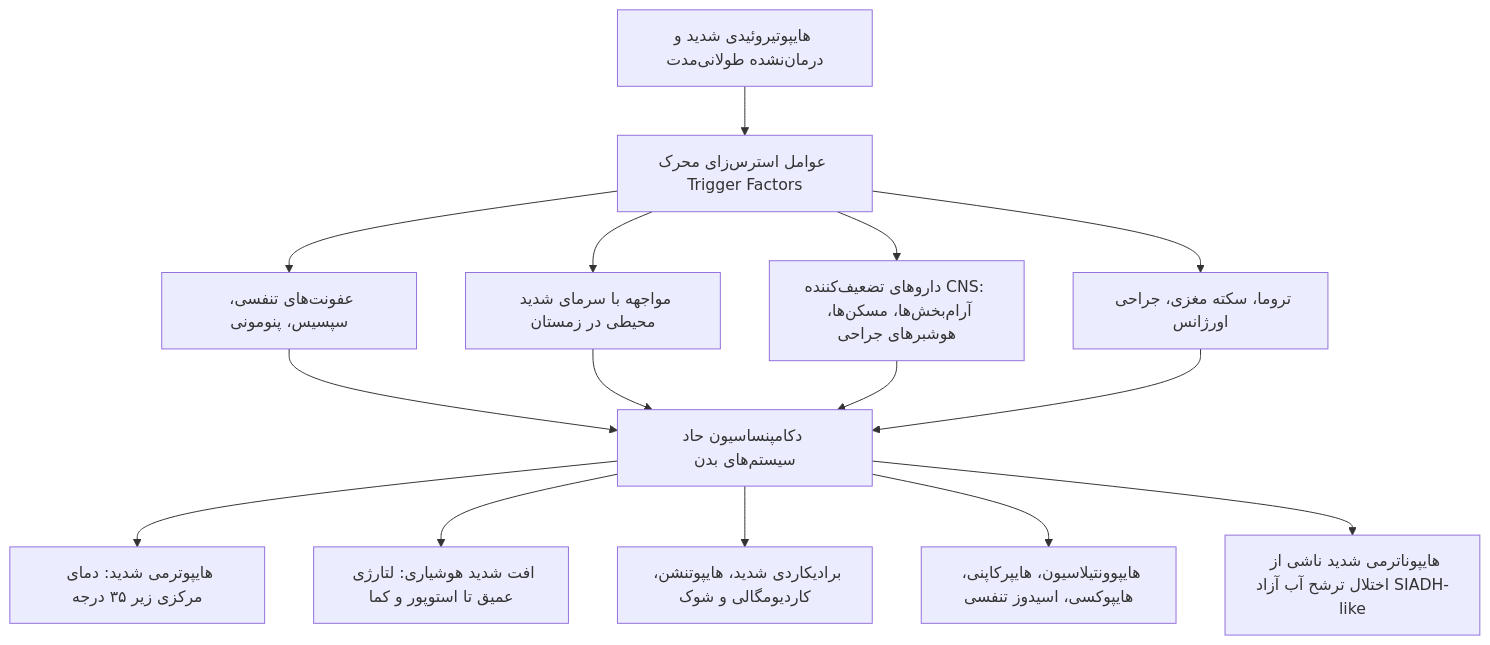
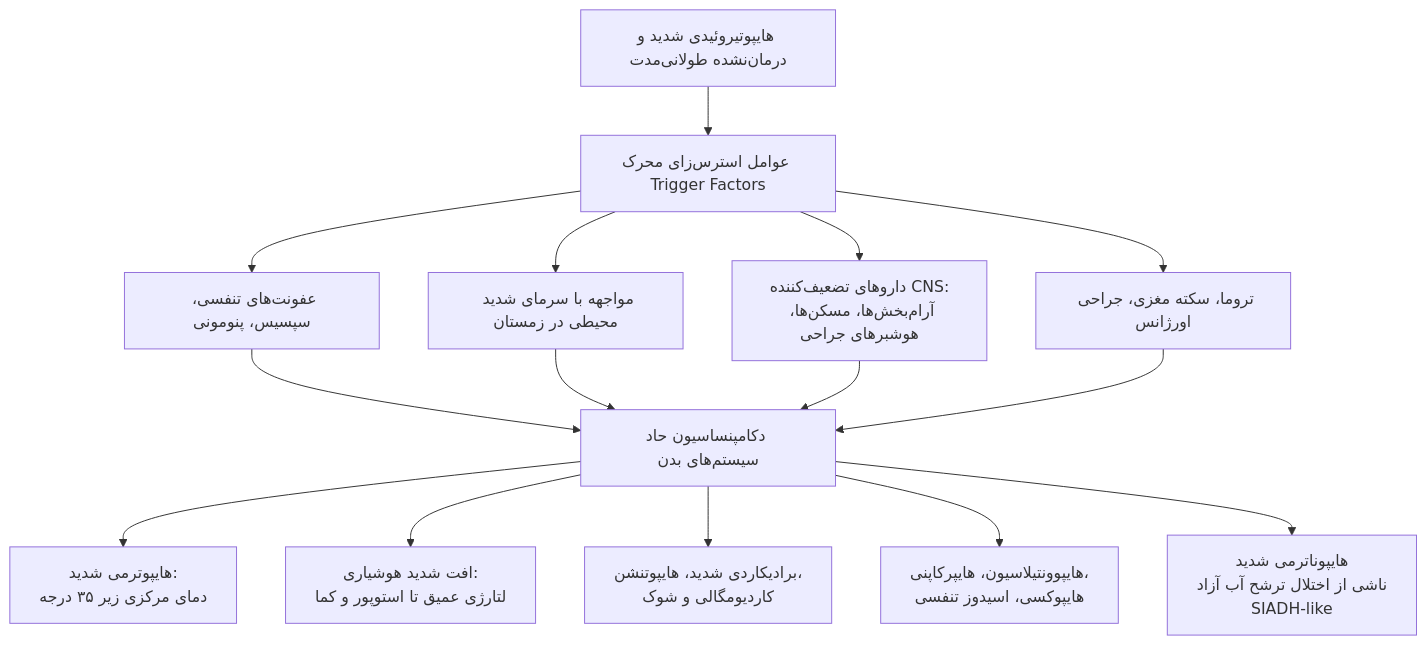
One commit to neopulse-hub/TUMS-1402-1-neo changed the fourth of 6 diagrams in 07/مبانی غدد/کم‌کاری تیروئید.md. Above: the diagram before and after it, drawn with Mermaid. The commit also changed other lines of this file, not shown here.

````diff
--- a/07/مبانی غدد/کم‌کاری تیروئید.md
+++ b/07/مبانی غدد/کم‌کاری تیروئید.md
@@ -181,17 +182,17 @@
 ```mermaid
 flowchart TD
     LowThyroid[هایپوتیروئیدی شدید و درمان‌نشده طولانی‌مدت] --> Triggers[عوامل استرس‌زای محرک Trigger Factors]
     
     Triggers --> Inf[عفونت‌های تنفسی، سپسیس، پنومونی]
     Triggers --> Cold[مواجهه با سرمای شدید محیطی در زمستان]
-    Triggers --> Drugs[داروهای تضعیف‌کننده CNS: آرام‌بخش‌ها، مسکن‌ها، هوشبرهای جراحی]
+    Triggers --> Drugs[داروهای تضعیف‌کننده CNS:<br>آرام‌بخش‌ها، مسکن‌ها، هوشبرهای جراحی]
     Triggers --> Trauma[تروما، سکته مغزی، جراحی اورژانس]
     
     Inf & Cold & Drugs & Trauma --> Decomp[دکامپنساسیون حاد سیستم‌های بدن]
     
-    Decomp --> Hypotherm[هایپوترمی شدید: دمای مرکزی زیر ۳۵ درجه]
-    Decomp --> AlterMental[افت شدید هوشیاری: لتارژی عمیق تا استوپور و کما]
-    Decomp --> CardioFail[برادیکاردی شدید، هایپوتنشن، کاردیومگالی و شوک]
-    Decomp --> RespDepress[هایپوونتیلاسیون، هایپرکاپنی، هایپوکسی، اسیدوز تنفسی]
-    Decomp --> Hyponatremia[هایپوناترمی شدید ناشی از اختلال ترشح آب آزاد SIADH-like]
+    Decomp --> Hypotherm[هایپوترمی شدید:<br>دمای مرکزی زیر ۳۵ درجه]
+    Decomp --> AlterMental[افت شدید هوشیاری:<br>لتارژی عمیق تا استوپور و کما]
+    Decomp --> CardioFail[برادیکاردی شدید، هایپوتنشن،<br>کاردیومگالی و شوک]
+    Decomp --> RespDepress[هایپوونتیلاسیون، هایپرکاپنی،<br>هایپوکسی، اسیدوز تنفسی]
+    Decomp --> Hyponatremia[هایپوناترمی شدید<br>ناشی از اختلال ترشح آب آزاد<br>SIADH-like]
 ```
````
